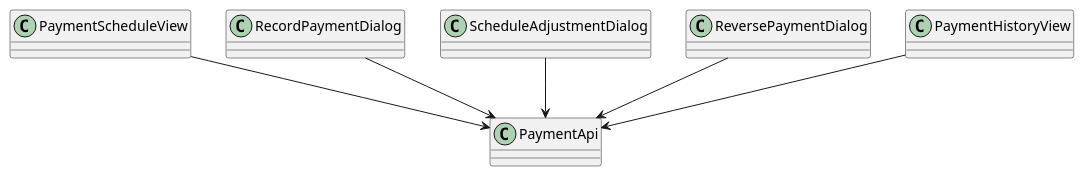
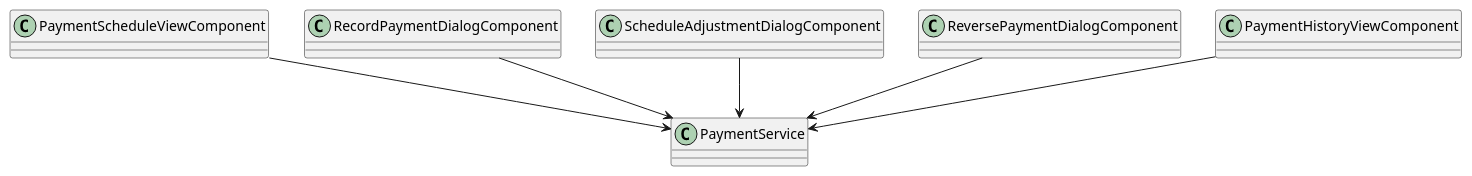
The diagram in docs/detailed-designs/diagrams/plantuml/fe_class_payment.puml (QuinntyneBrown/LendQ), drawn with PlantUML before and after one commit. The commit also changed 310 other files, not shown here.

```diff
--- a/docs/detailed-designs/diagrams/plantuml/fe_class_payment.puml
+++ b/docs/detailed-designs/diagrams/plantuml/fe_class_payment.puml
@@ -1,15 +1,15 @@
 @startuml
 skinparam classAttributeIconSize 0
-class PaymentScheduleView
-class RecordPaymentDialog
-class ScheduleAdjustmentDialog
-class ReversePaymentDialog
-class PaymentHistoryView
-class PaymentApi
+class PaymentScheduleViewComponent
+class RecordPaymentDialogComponent
+class ScheduleAdjustmentDialogComponent
+class ReversePaymentDialogComponent
+class PaymentHistoryViewComponent
+class PaymentService
 
-PaymentScheduleView --> PaymentApi
-RecordPaymentDialog --> PaymentApi
-ScheduleAdjustmentDialog --> PaymentApi
-ReversePaymentDialog --> PaymentApi
-PaymentHistoryView --> PaymentApi
+PaymentScheduleViewComponent --> PaymentService
+RecordPaymentDialogComponent --> PaymentService
+ScheduleAdjustmentDialogComponent --> PaymentService
+ReversePaymentDialogComponent --> PaymentService
+PaymentHistoryViewComponent --> PaymentService
 @enduml
```
